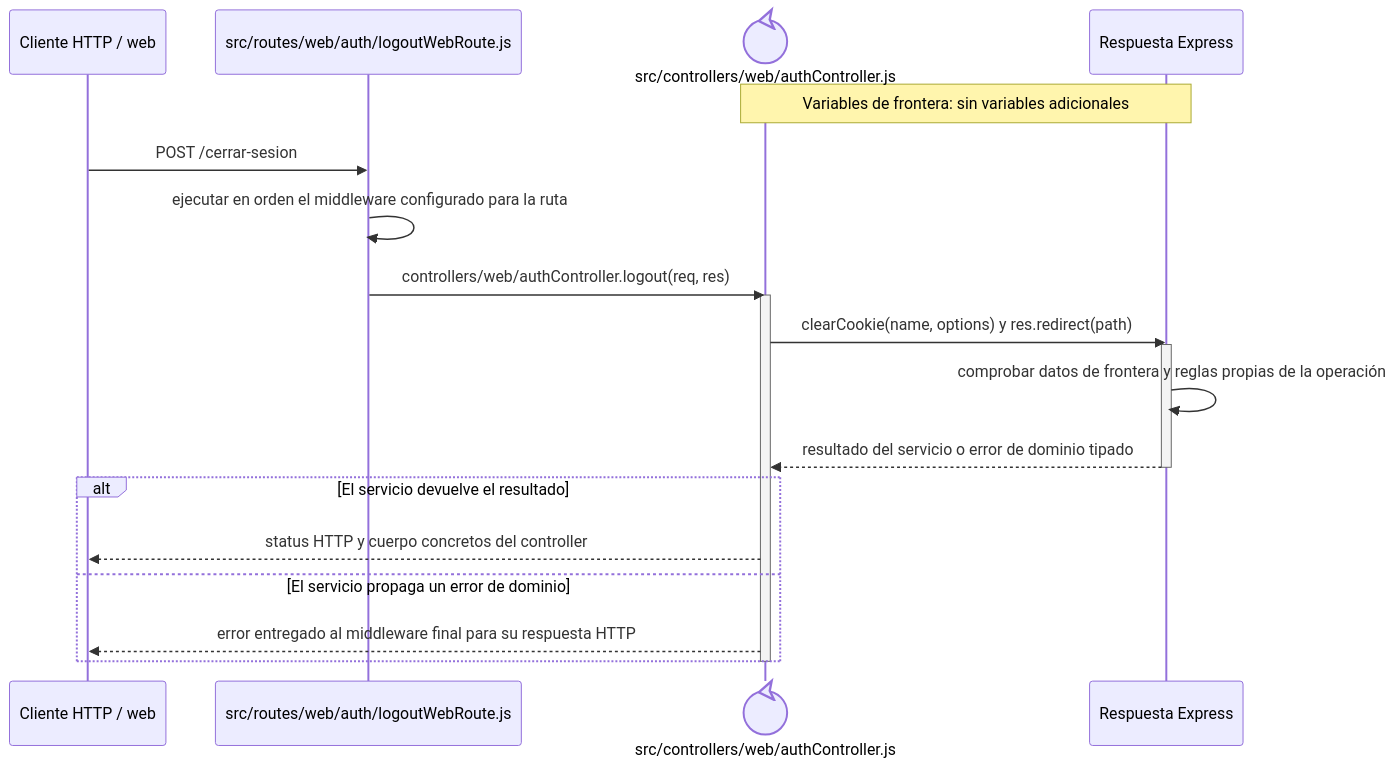
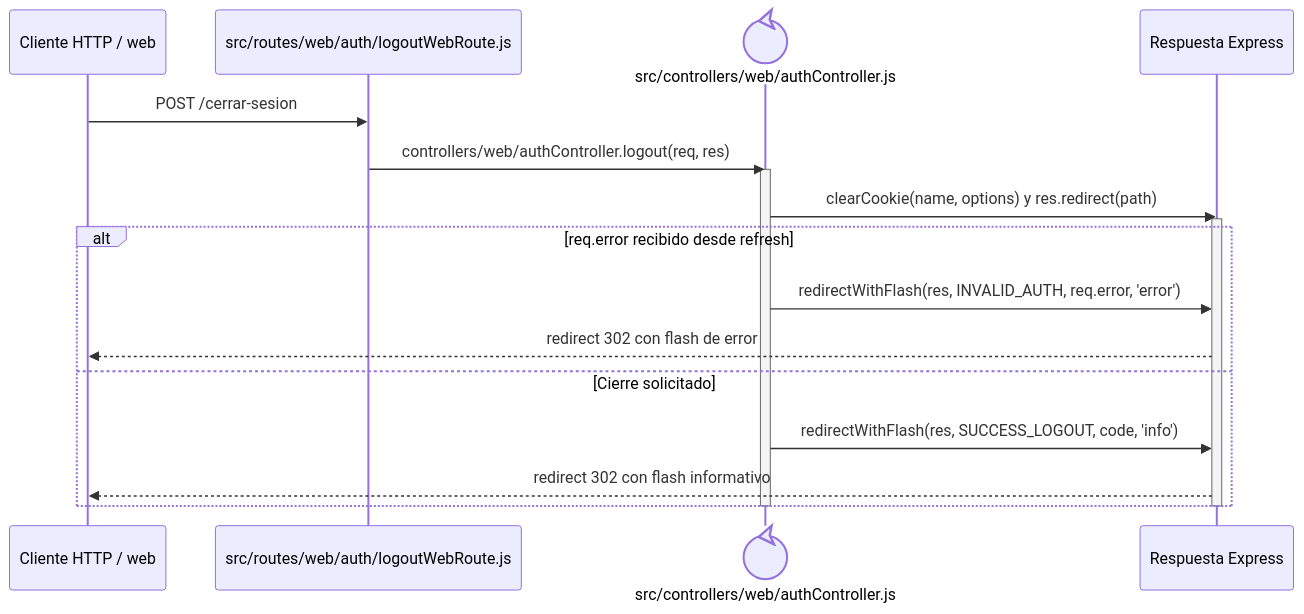
Before and after one commit to gpgsistemas01/nexus: the diagram in docs/architecture/backend-code-sequences/authentication/cu-aut-02.md, drawn with Mermaid. The commit also changed 148 other files, not shown here.

````diff
--- a/docs/architecture/backend-code-sequences/authentication/cu-aut-02.md
+++ b/docs/architecture/backend-code-sequences/authentication/cu-aut-02.md
@@ -6,24 +6,22 @@
 ```mermaid
 sequenceDiagram
     participant Client as Cliente HTTP / web
     participant Route as src/routes/web/auth/logoutWebRoute.js
     participant Controller@{ "type": "control" } as src/controllers/web/authController.js
     participant Response as Respuesta Express
-    Note over Controller,Response: Variables de frontera: sin variables adicionales
 
     Client->>Route: POST /cerrar-sesion
-    Route->>Route: ejecutar en orden el middleware configurado para la ruta
     Route->>Controller: controllers/web/authController.logout(req, res)
     activate Controller
     Controller->>Response: clearCookie(name, options) y res.redirect(path)
     activate Response
-    Response->>Response: comprobar datos de frontera y reglas propias de la operación
-    Response-->>Controller: resultado del servicio o error de dominio tipado
+    alt req.error recibido desde refresh
+        Controller->>Response: redirectWithFlash(res, INVALID_AUTH, req.error, 'error')
+        Response-->>Client: redirect 302 con flash de error
+    else Cierre solicitado
+        Controller->>Response: redirectWithFlash(res, SUCCESS_LOGOUT, code, 'info')
+        Response-->>Client: redirect 302 con flash informativo
+    end
     deactivate Response
-    alt El servicio devuelve el resultado
-        Controller-->>Client: status HTTP y cuerpo concretos del controller
-    else El servicio propaga un error de dominio
-        Controller-->>Client: error entregado al middleware final para su respuesta HTTP
-    end
     deactivate Controller
 ```
````
